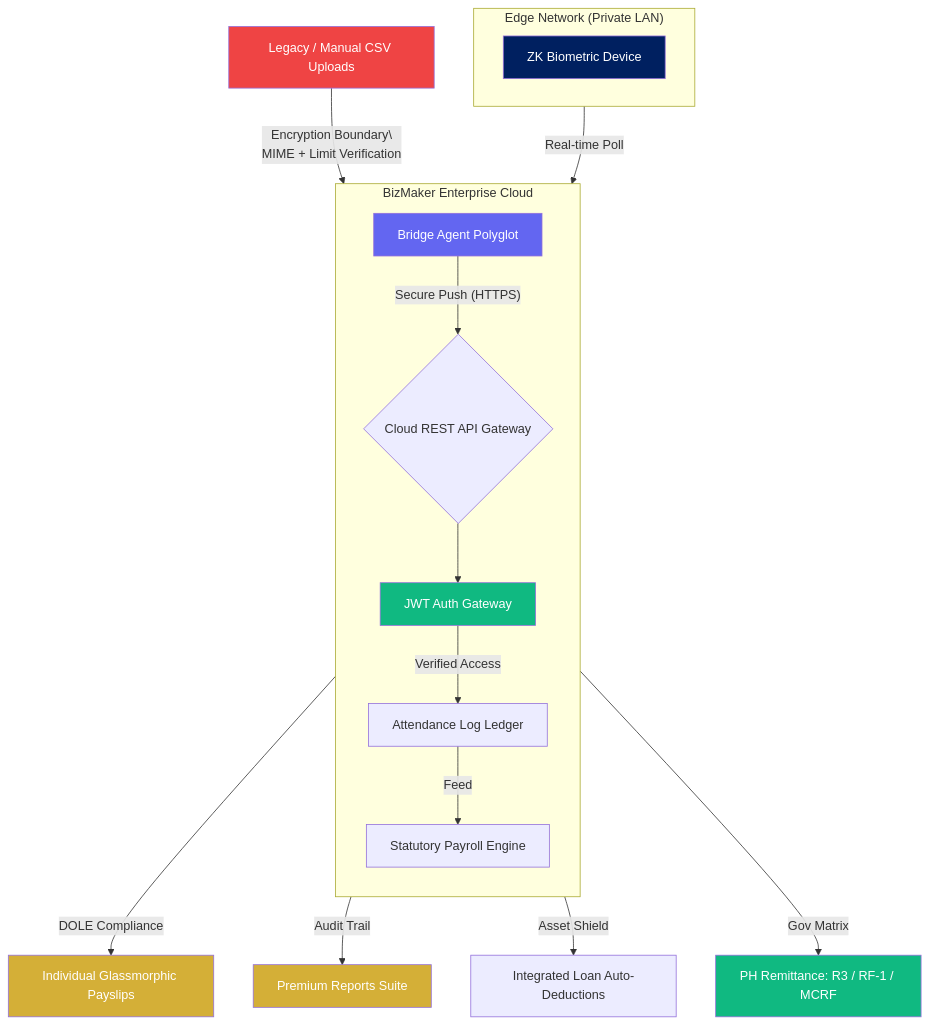
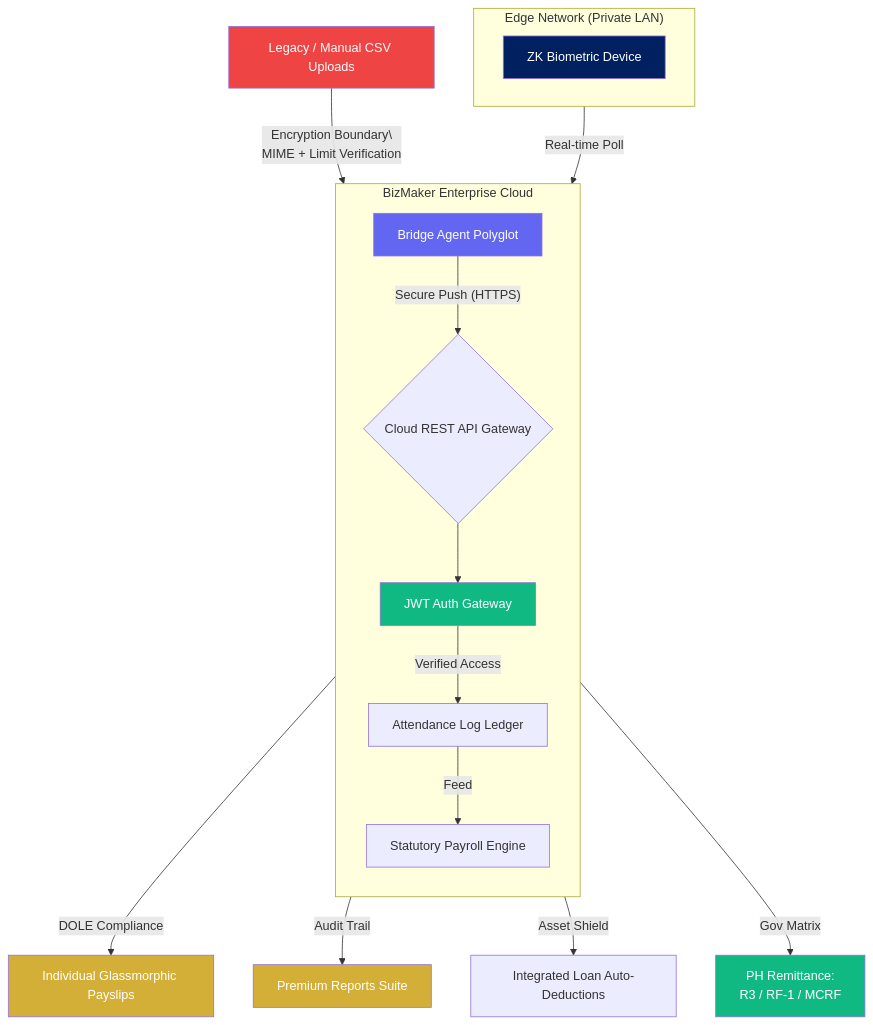
Before and after one commit to binssente-crypto/PAYROLL-DOCUMENTATION: the second of 15 diagrams in README.md, drawn with Mermaid. The commit also changed other lines of this file, not shown here.

````diff
--- a/README.md
+++ b/README.md
@@ -84,37 +84,37 @@
 ```mermaid
 flowchart TD
     subgraph Local["Edge Network (Private LAN)"]
         direction LR
         HW[ZK Biometric Device]
     end
     
     subgraph Cloud["BizMaker Enterprise Cloud"]
         direction TB
         BRIDGE[Bridge Agent Polyglot]
         API{Cloud REST API Gateway}
         AUTH[JWT Auth Gateway]
         LOG[Attendance Log Ledger]
         PAY[Statutory Payroll Engine]
     end
 
     HW -->|Real-time Poll| BRIDGE
     BRIDGE -->|"Secure Push (HTTPS)"| API
     API --> AUTH
     AUTH -->|Verified Access| LOG
     
     LOG -->|Feed| PAY
     PAY -->|DOLE Compliance| SLIP[Individual Glassmorphic Payslips]
     PAY -->|Audit Trail| REP[Premium Reports Suite]
     PAY -->|Asset Shield| LOAN[Integrated Loan Auto-Deductions]
-    PAY -->|Gov Matrix| REMIT["PH Remittance: R3 / RF-1 / MCRF"]
+    PAY -->|Gov Matrix| REMIT["PH Remittance:\nR3 / RF-1 / MCRF"]
     
     UPL["Legacy / Manual CSV Uploads"] -->|"Encryption Boundary\\nMIME + Limit Verification"| LOG
 
     style HW fill:#002060,color:#fff
     style SLIP fill:#D4AF37,color:#fff
     style REP fill:#D4AF37,color:#fff
     style REMIT fill:#10b981,color:#fff
     style UPL fill:#ef4444,color:#fff
     style BRIDGE fill:#6366f1,color:#fff
     style AUTH fill:#10b981,color:#fff
 ```
````
